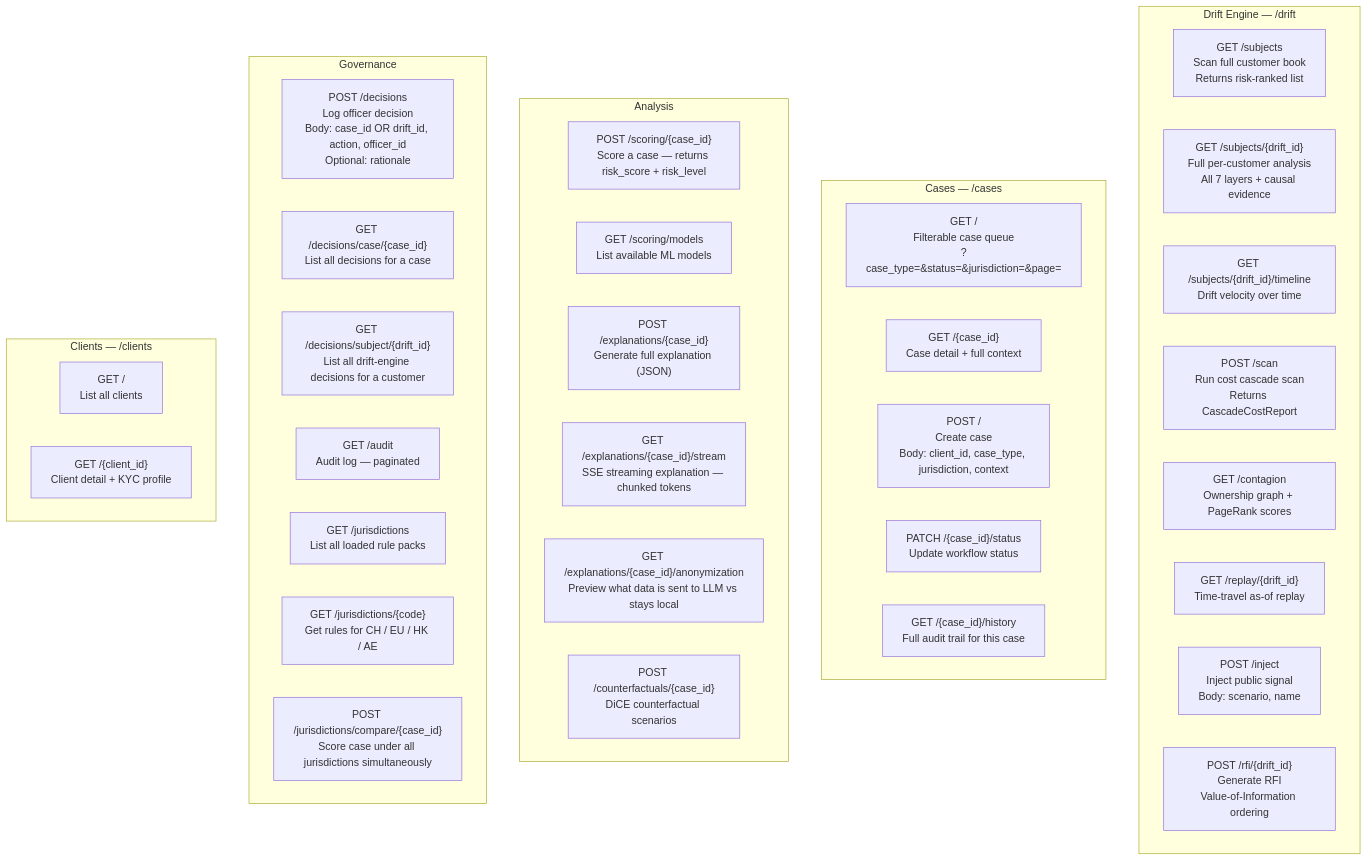
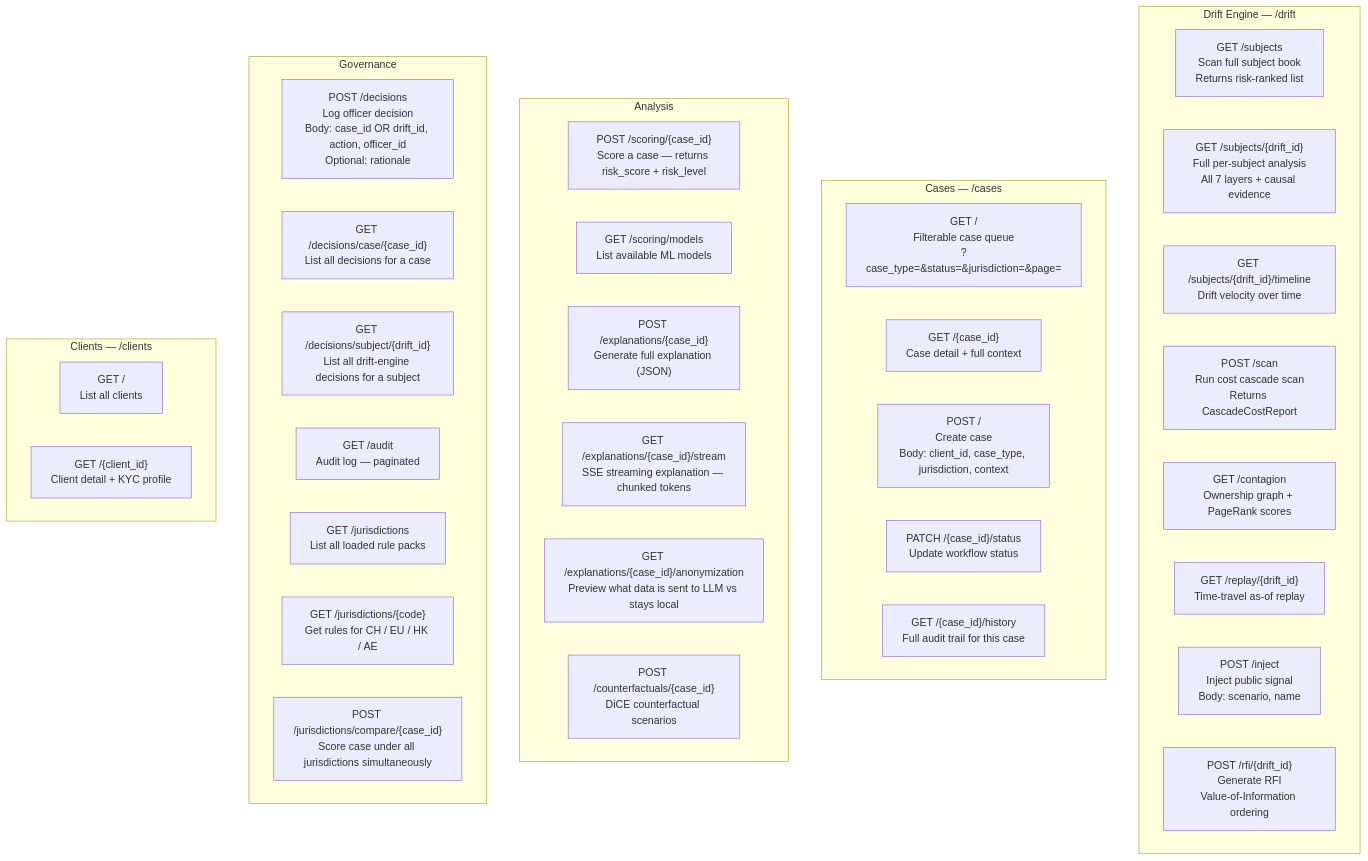
One commit to SteveDok22/Swisshacks-2026 changed the first of 3 diagrams in docs/api.md. Above: the diagram before and after it, drawn with Mermaid. The commit also changed 4 other files, not shown here.

First line of the commit message:
fix(drift): last naming gaps — test fns, docs, ROADMAP

````diff
--- a/docs/api.md
+++ b/docs/api.md
@@ -9,45 +9,45 @@
 ```mermaid
 flowchart TB
     subgraph Drift["Drift Engine  — /drift"]
-        D1["GET /subjects\nScan full customer book\nReturns risk-ranked list"]
-        D2["GET /subjects/{drift_id}\nFull per-customer analysis\nAll 7 layers + causal evidence"]
+        D1["GET /subjects\nScan full subject book\nReturns risk-ranked list"]
+        D2["GET /subjects/{drift_id}\nFull per-subject analysis\nAll 7 layers + causal evidence"]
         D3["GET /subjects/{drift_id}/timeline\nDrift velocity over time"]
         D4["POST /scan\nRun cost cascade scan\nReturns CascadeCostReport"]
         D5["GET /contagion\nOwnership graph + PageRank scores"]
         D6["GET /replay/{drift_id}\nTime-travel as-of replay"]
         D7["POST /inject\nInject public signal\nBody: scenario, name"]
         D8["POST /rfi/{drift_id}\nGenerate RFI\nValue-of-Information ordering"]
     end
 
     subgraph Cases["Cases  — /cases"]
         C1["GET /\nFilterable case queue\n?case_type=&status=&jurisdiction=&page="]
         C2["GET /{case_id}\nCase detail + full context"]
         C3["POST /\nCreate case\nBody: client_id, case_type, jurisdiction, context"]
         C4["PATCH /{case_id}/status\nUpdate workflow status"]
         C5["GET /{case_id}/history\nFull audit trail for this case"]
     end
 
     subgraph Analysis["Analysis"]
         A1["POST /scoring/{case_id}\nScore a case — returns risk_score + risk_level"]
         A2["GET /scoring/models\nList available ML models"]
         A3["POST /explanations/{case_id}\nGenerate full explanation (JSON)"]
         A4["GET /explanations/{case_id}/stream\nSSE streaming explanation — chunked tokens"]
         A5["GET /explanations/{case_id}/anonymization\nPreview what data is sent to LLM vs stays local"]
         A6["POST /counterfactuals/{case_id}\nDiCE counterfactual scenarios"]
     end
 
     subgraph Governance["Governance"]
         G1["POST /decisions\nLog officer decision\nBody: case_id OR drift_id, action, officer_id\nOptional: rationale"]
         G2["GET /decisions/case/{case_id}\nList all decisions for a case"]
-        G7["GET /decisions/subject/{drift_id}\nList all drift-engine decisions for a customer"]
+        G7["GET /decisions/subject/{drift_id}\nList all drift-engine decisions for a subject"]
         G3["GET /audit\nAudit log — paginated"]
         G4["GET /jurisdictions\nList all loaded rule packs"]
         G5["GET /jurisdictions/{code}\nGet rules for CH / EU / HK / AE"]
         G6["POST /jurisdictions/compare/{case_id}\nScore case under all jurisdictions simultaneously"]
     end
 
     subgraph Clients["Clients  — /clients"]
         CL1["GET /\nList all clients"]
         CL2["GET /{client_id}\nClient detail + KYC profile"]
     end
 ```
````
